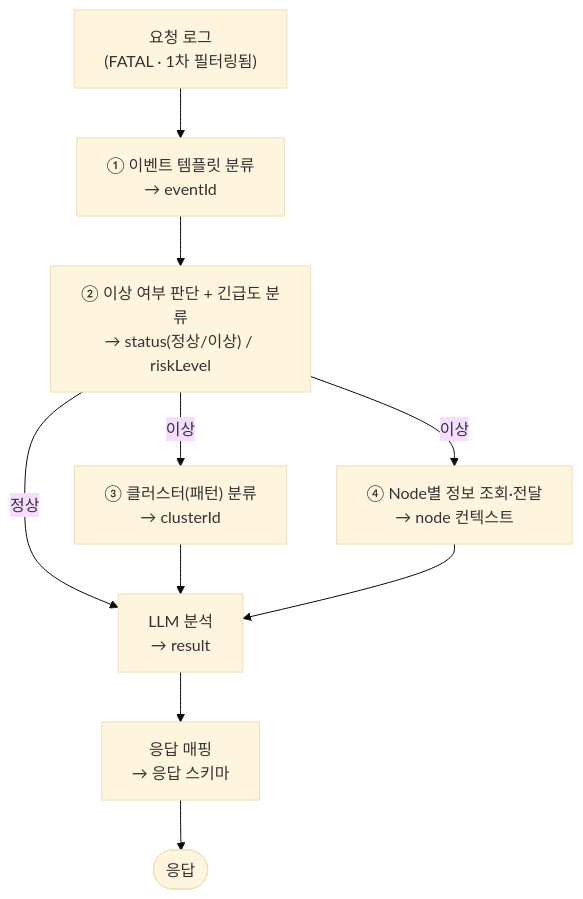
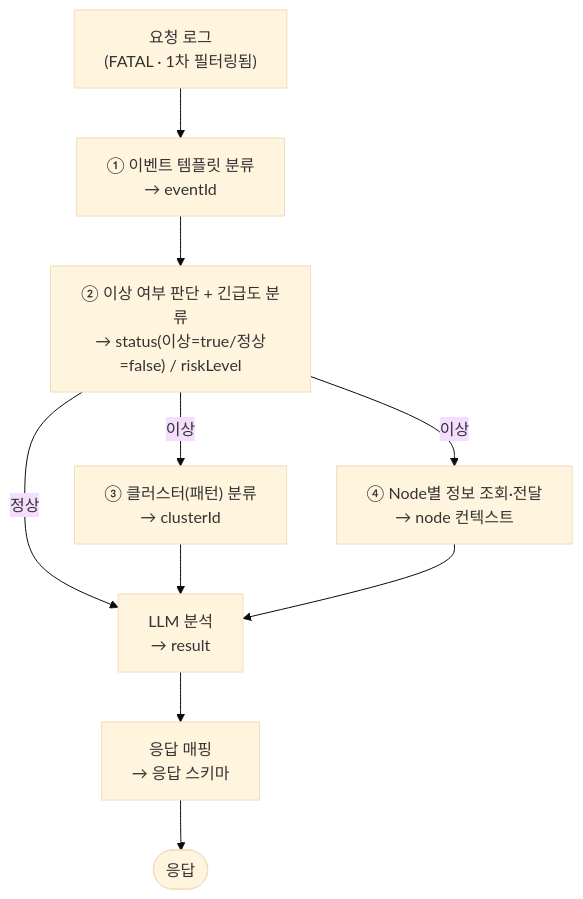
Before and after one commit to KT-AX-ICT/chok-ai-backend: the diagram in .agents/API.md, drawn with Mermaid (base theme). The commit also changed other lines of this file and 2 other files, not shown here.

````diff
--- a/.agents/API.md
+++ b/.agents/API.md
@@ -47,22 +47,22 @@
 ```mermaid
 flowchart TB
     REQ["요청 로그<br/>(FATAL · 1차 필터링됨)"]
 
     T1["① 이벤트 템플릿 분류<br/>→ eventId"]
-    T2["② 이상 여부 판단 + 긴급도 분류<br/>→ status(정상/이상) / riskLevel"]
+    T2["② 이상 여부 판단 + 긴급도 분류<br/>→ status(이상=true/정상=false) / riskLevel"]
     T3["③ 클러스터(패턴) 분류<br/>→ clusterId"]
     T4["④ Node별 정보 조회·전달<br/>→ node 컨텍스트"]
 
     LLM["LLM 분석<br/>→ result"]
     MAP["응답 매핑<br/>→ 응답 스키마"]
     RES(["응답"])
 
     REQ --> T1
     T1 --> T2
     T2 -->|정상| LLM
     T2 -->|이상| T3
     T2 -->|이상| T4
     T3 --> LLM
     T4 --> LLM
     LLM --> MAP --> RES
 ```
````
